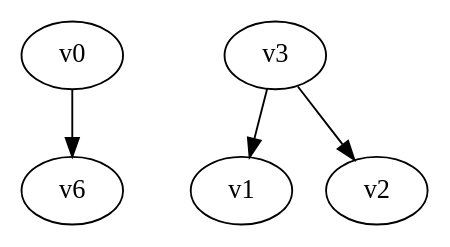
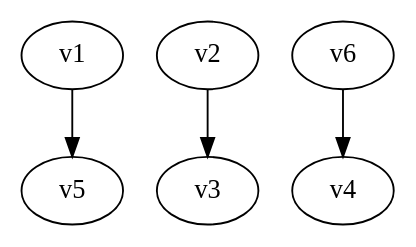
Before and after one commit to yadej/graph_project: the diagram in digraph.dot, drawn with Graphviz. The commit also changed 1 other file, not shown here.

```diff
--- a/digraph.dot
+++ b/digraph.dot
@@ -1,5 +1,5 @@
 digraph G { 
-v0 -> v6;
-v3 -> v1;
-v3 -> v2;
+v1 -> v5;
+v2 -> v3;
+v6 -> v4;
 }
```
